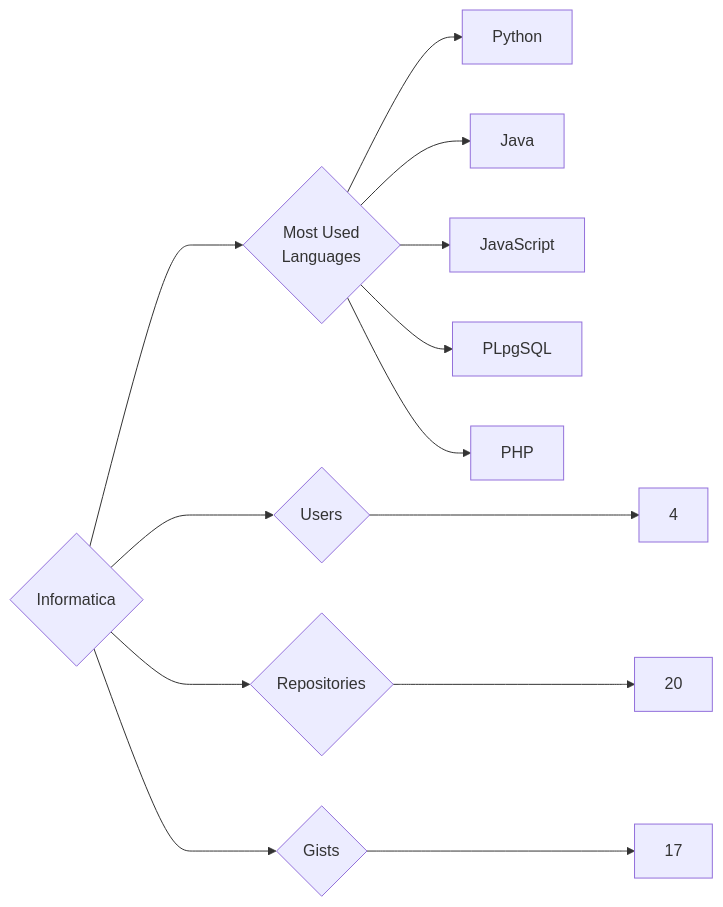
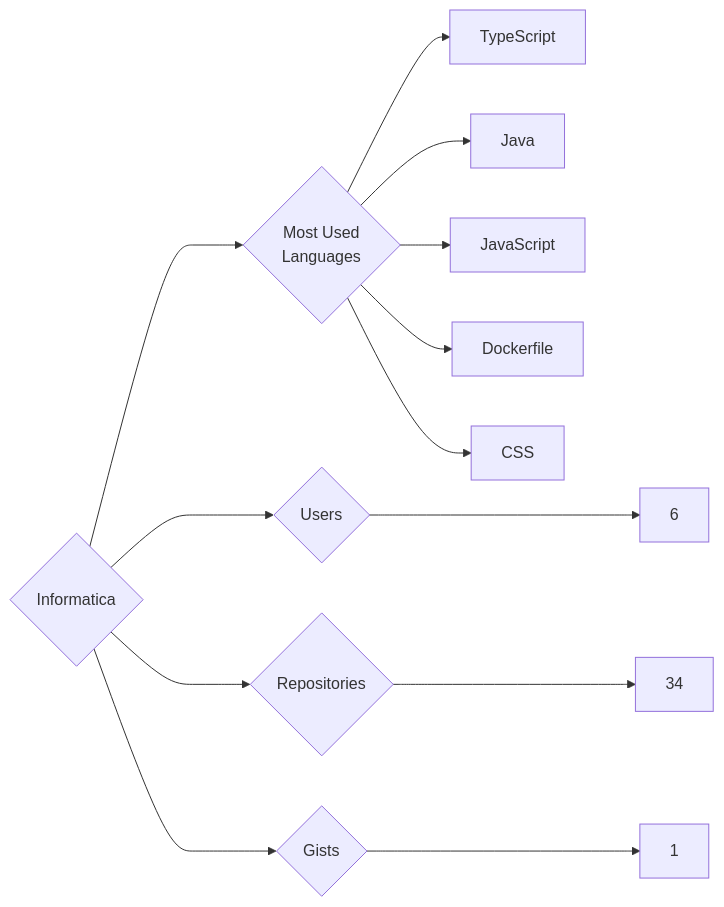
Before and after one commit to trickest/insiders: the diagram in targets/Informatica/README.md, drawn with Mermaid. The commit also changed 1023 other files, not shown here.

````diff
--- a/targets/Informatica/README.md
+++ b/targets/Informatica/README.md
@@ -3,13 +3,13 @@
 ```mermaid
 graph LR
 COMPANY_NAME{Informatica}
-COMPANY_NAME ---> U{Users} ---> UN[4]
-COMPANY_NAME ---> R{Repositories} ---> RN[20]
-COMPANY_NAME ---> G{Gists} ---> GN[17]
+COMPANY_NAME ---> U{Users} ---> UN[6]
+COMPANY_NAME ---> R{Repositories} ---> RN[34]
+COMPANY_NAME ---> G{Gists} ---> GN[1]
 COMPANY_NAME ---> ML{Most Used<br>Languages}
-ML --> Python[Python]
+ML --> TypeScript[TypeScript]
 ML --> Java[Java]
 ML --> JavaScript[JavaScript]
-ML --> PLpgSQL[PLpgSQL]
-ML --> PHP[PHP]
+ML --> Dockerfile[Dockerfile]
+ML --> CSS[CSS]
 ```
````
